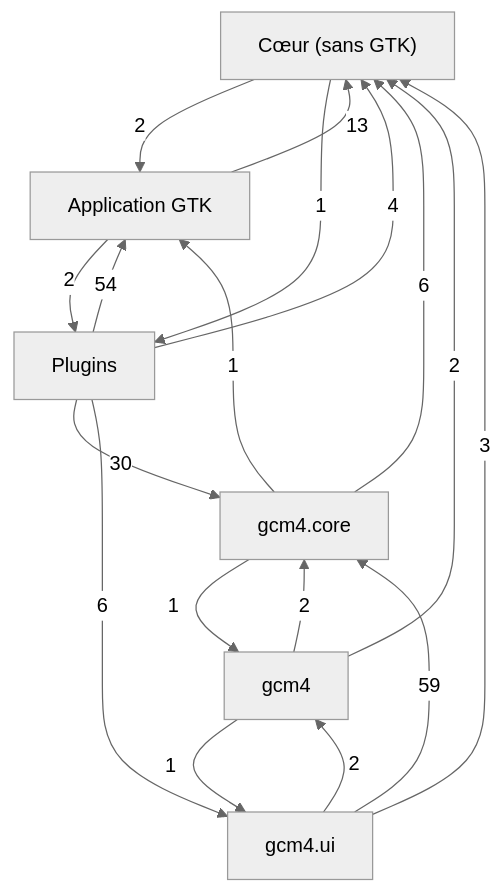
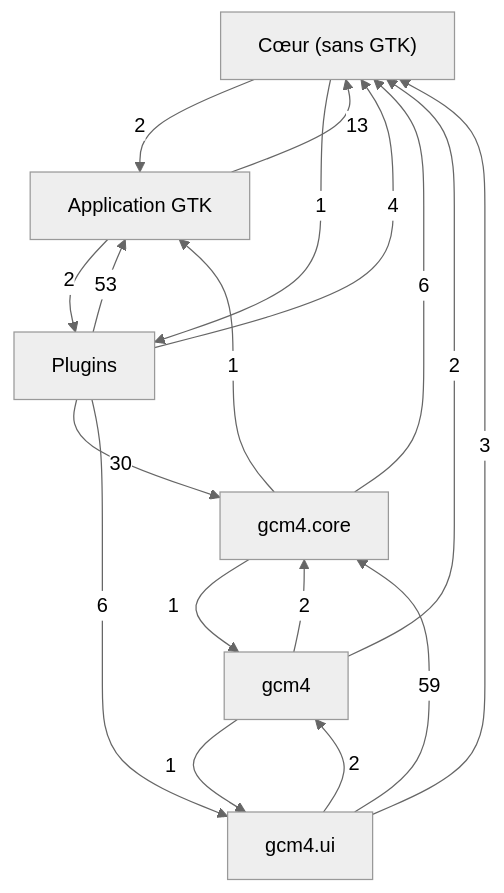
The first of 7 diagrams in docs/class-diagram.md (Mathilde-Team/Gcm4), drawn with Mermaid (neutral theme) before and after one commit. The commit also changed other lines of this file and 75 other files, not shown here.

````diff
--- a/docs/class-diagram.md
+++ b/docs/class-diagram.md
@@ -21,26 +21,26 @@
 ```mermaid
 flowchart TD
     g0["Cœur (sans GTK)"]
     g1["Application GTK"]
     g2["Plugins"]
     g3["gcm4"]
     g4["gcm4.core"]
     g5["gcm4.ui"]
     g1 -->|13| g0
     g1 -->|2| g2
     g0 -->|2| g1
     g0 -->|1| g2
-    g2 -->|54| g1
+    g2 -->|53| g1
     g2 -->|4| g0
     g2 -->|30| g4
     g2 -->|6| g5
     g3 -->|2| g0
     g3 -->|2| g4
     g3 -->|1| g5
     g4 -->|1| g1
     g4 -->|6| g0
     g4 -->|1| g3
     g5 -->|3| g0
     g5 -->|2| g3
     g5 -->|59| g4
 ```
````
